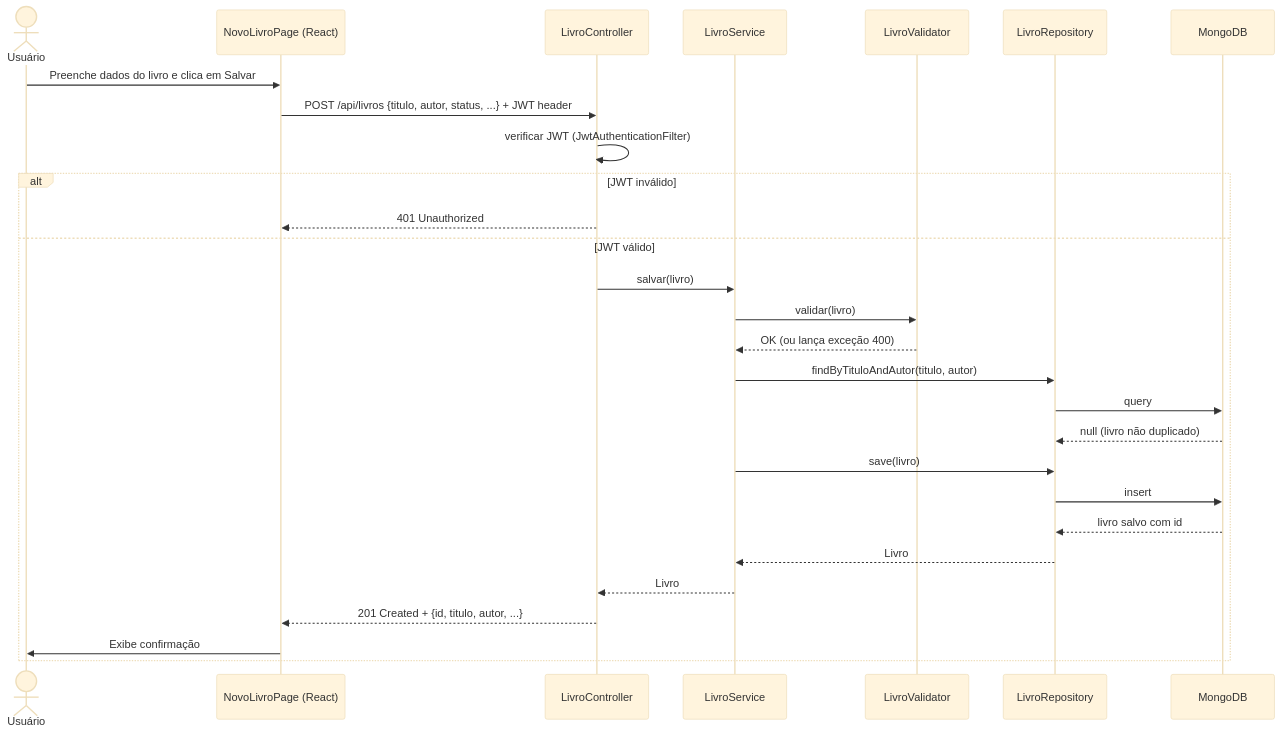
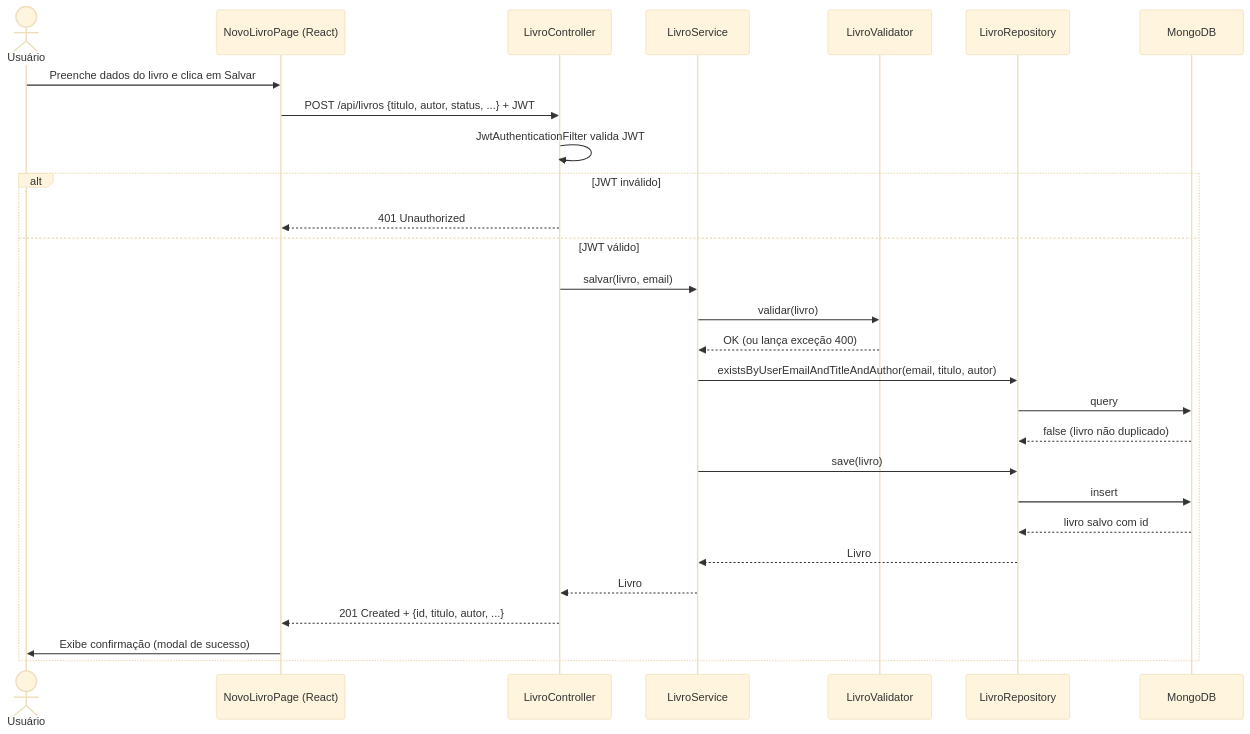
Before and after one commit to limmuz/biblioteca: the third of 20 diagrams in RTM.md, drawn with Mermaid (base theme). The commit also changed other lines of this file and 47 other files, not shown here.

````diff
--- a/RTM.md
+++ b/RTM.md
@@ -116,31 +116,31 @@
 ```mermaid
 sequenceDiagram
     actor U as Usuário
     participant F as NovoLivroPage (React)
     participant L as LivroController
     participant S as LivroService
     participant V as LivroValidator
     participant R as LivroRepository
     participant M as MongoDB
 
     U->>F: Preenche dados do livro e clica em Salvar
-    F->>L: POST /api/livros {titulo, autor, status, ...} + JWT header
-    L->>L: verificar JWT (JwtAuthenticationFilter)
+    F->>L: POST /api/livros {titulo, autor, status, ...} + JWT
+    L->>L: JwtAuthenticationFilter valida JWT
     alt JWT inválido
         L-->>F: 401 Unauthorized
     else JWT válido
-        L->>S: salvar(livro)
+        L->>S: salvar(livro, email)
         S->>V: validar(livro)
         V-->>S: OK (ou lança exceção 400)
-        S->>R: findByTituloAndAutor(titulo, autor)
+        S->>R: existsByUserEmailAndTitleAndAuthor(email, titulo, autor)
         R->>M: query
-        M-->>R: null (livro não duplicado)
+        M-->>R: false (livro não duplicado)
         S->>R: save(livro)
         R->>M: insert
         M-->>R: livro salvo com id
         R-->>S: Livro
         S-->>L: Livro
         L-->>F: 201 Created + {id, titulo, autor, ...}
-        F->>U: Exibe confirmação
+        F->>U: Exibe confirmação (modal de sucesso)
     end
 ```
````
